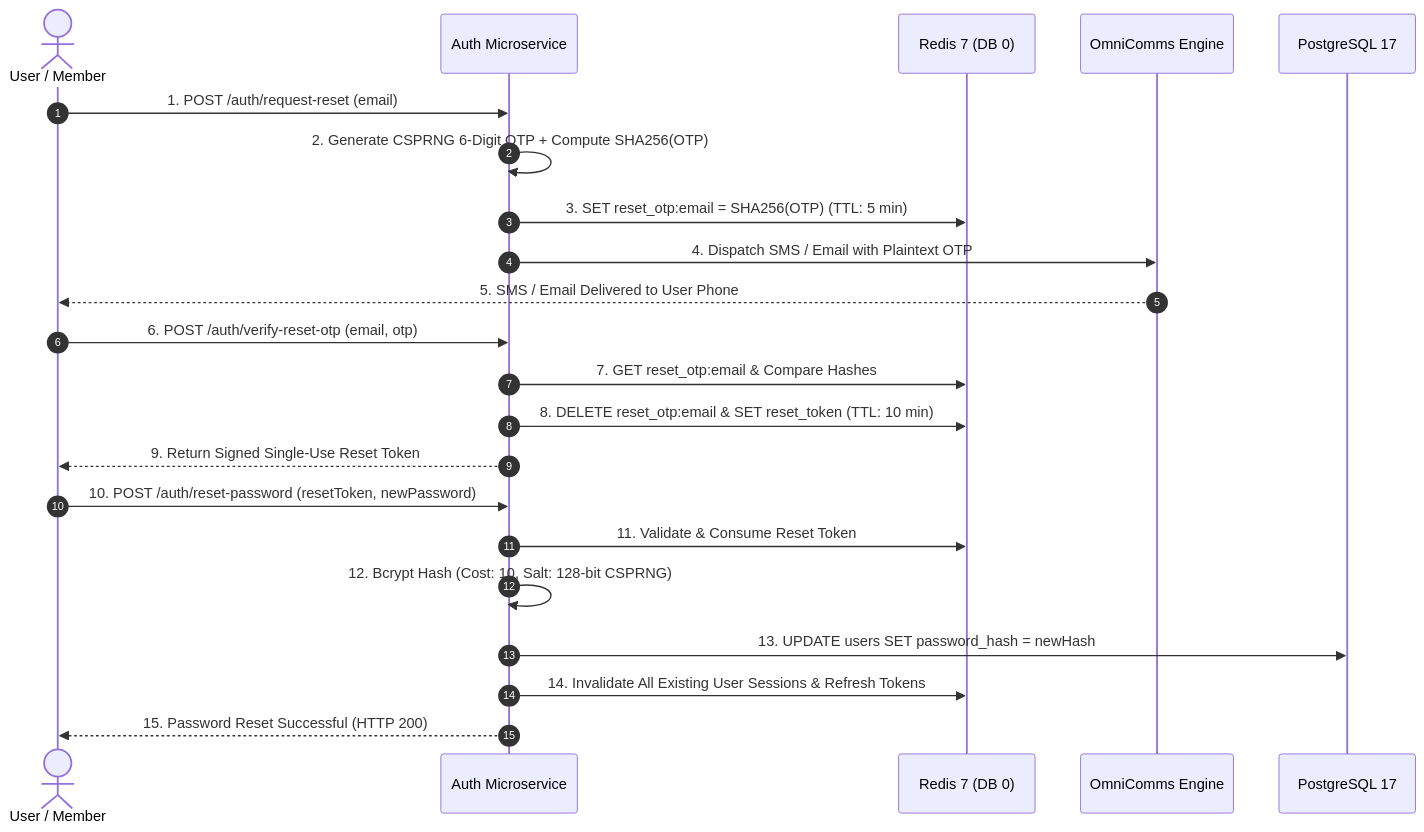
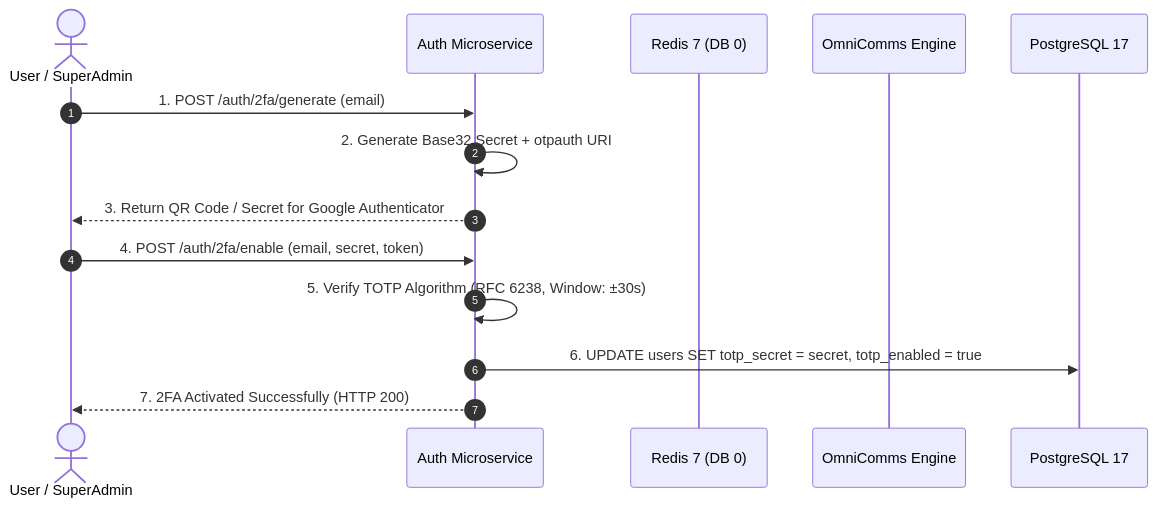
The fourth of 4 diagrams in SECURITY.md (Peter-Mutua/gh-profile-booster), drawn with Mermaid before and after one commit. The commit also changed other lines of this file and 5 other files, not shown here.

Commit message:
feat(enterprise): add RFC 6238 TOTP 2FA, Redis response cache, auto-healing daemon, cloud DR replication, and safe migration runner

````diff
--- a/SECURITY.md
+++ b/SECURITY.md
@@ -114,27 +129,18 @@
 ```mermaid
 sequenceDiagram
     autonumber
-    actor User as User / Member
+    actor User as User / SuperAdmin
     participant Auth as Auth Microservice
     participant Redis as Redis 7 (DB 0)
     participant Comms as OmniComms Engine
     participant DB as PostgreSQL 17
 
-    User->>Auth: 1. POST /auth/request-reset (email)
-    Auth->>Auth: 2. Generate CSPRNG 6-Digit OTP + Compute SHA256(OTP)
-    Auth->>Redis: 3. SET reset_otp:email = SHA256(OTP) (TTL: 5 min)
-    Auth->>Comms: 4. Dispatch SMS / Email with Plaintext OTP
-    Comms-->>User: 5. SMS / Email Delivered to User Phone
+    User->>Auth: 1. POST /auth/2fa/generate (email)
+    Auth->>Auth: 2. Generate Base32 Secret + otpauth URI
+    Auth-->>User: 3. Return QR Code / Secret for Google Authenticator
 
-    User->>Auth: 6. POST /auth/verify-reset-otp (email, otp)
-    Auth->>Redis: 7. GET reset_otp:email & Compare Hashes
-    Auth->>Redis: 8. DELETE reset_otp:email & SET reset_token (TTL: 10 min)
-    Auth-->>User: 9. Return Signed Single-Use Reset Token
-
-    User->>Auth: 10. POST /auth/reset-password (resetToken, newPassword)
-    Auth->>Redis: 11. Validate & Consume Reset Token
-    Auth->>Auth: 12. Bcrypt Hash (Cost: 10, Salt: 128-bit CSPRNG)
-    Auth->>DB: 13. UPDATE users SET password_hash = newHash
-    Auth->>Redis: 14. Invalidate All Existing User Sessions & Refresh Tokens
-    Auth-->>User: 15. Password Reset Successful (HTTP 200)
+    User->>Auth: 4. POST /auth/2fa/enable (email, secret, token)
+    Auth->>Auth: 5. Verify TOTP Algorithm (RFC 6238, Window: ±30s)
+    Auth->>DB: 6. UPDATE users SET totp_secret = secret, totp_enabled = true
+    Auth-->>User: 7. 2FA Activated Successfully (HTTP 200)
 ```
````
